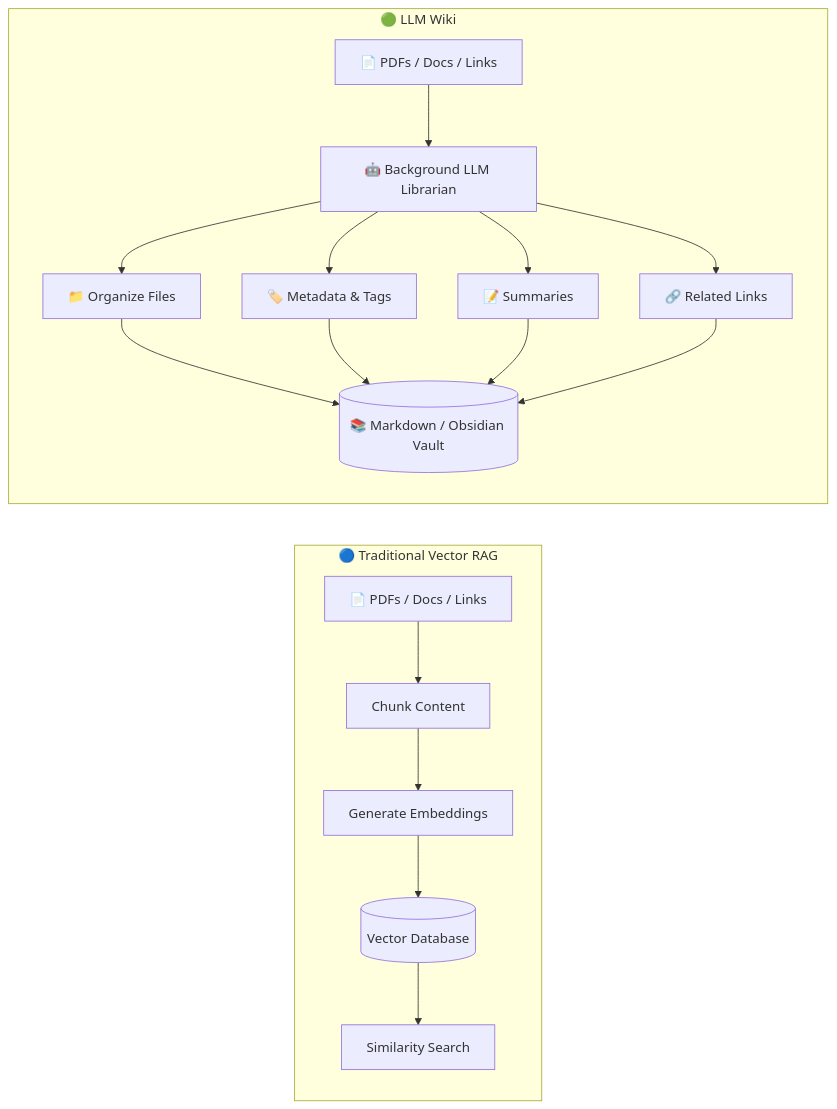
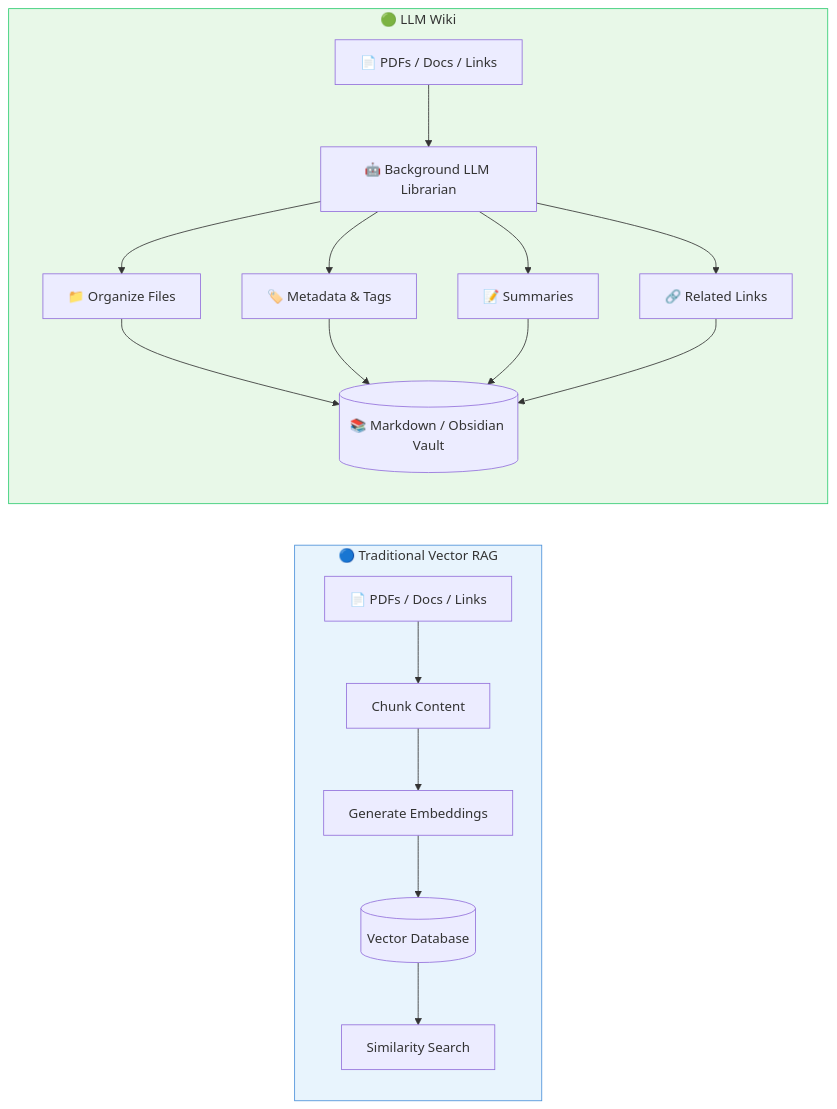
The first of 9 diagrams in Lecture 18 - Vectorless RAG and LLM Wiki/notes/04_llm_wiki_librarian_architecture.md (Amie-dev/FDE-and-GenAI-Mastery), drawn with Mermaid before and after one commit. The commit also changed other lines of this file and 6 other files, not shown here.

````diff
--- a/Lecture 18 - Vectorless RAG and LLM Wiki/notes/04_llm_wiki_librarian_architecture.md
+++ b/Lecture 18 - Vectorless RAG and LLM Wiki/notes/04_llm_wiki_librarian_architecture.md
@@ -26,26 +31,29 @@
 ```mermaid
 flowchart LR
 
     subgraph VR["🔵 Traditional Vector RAG"]
         S1["📄 PDFs / Docs / Links"]
         S1 --> C["Chunk Content"]
         C --> E["Generate Embeddings"]
         E --> DB[("Vector Database")]
         DB --> SEARCH["Similarity Search"]
     end
 
     subgraph WIKI["🟢 LLM Wiki"]
         S2["📄 PDFs / Docs / Links"]
         S2 --> LLM["🤖 Background LLM Librarian"]
 
         LLM --> F["📁 Organize Files"]
         LLM --> M["🏷️ Metadata & Tags"]
         LLM --> SUM["📝 Summaries"]
         LLM --> LINK["🔗 Related Links"]
 
         F --> VAULT[("📚 Markdown / Obsidian Vault")]
         M --> VAULT
         SUM --> VAULT
         LINK --> VAULT
     end
+
+    style VR fill:#e8f4fd,stroke:#4a90d9
+    style WIKI fill:#e8f8e8,stroke:#2ecc71
 ```
````
